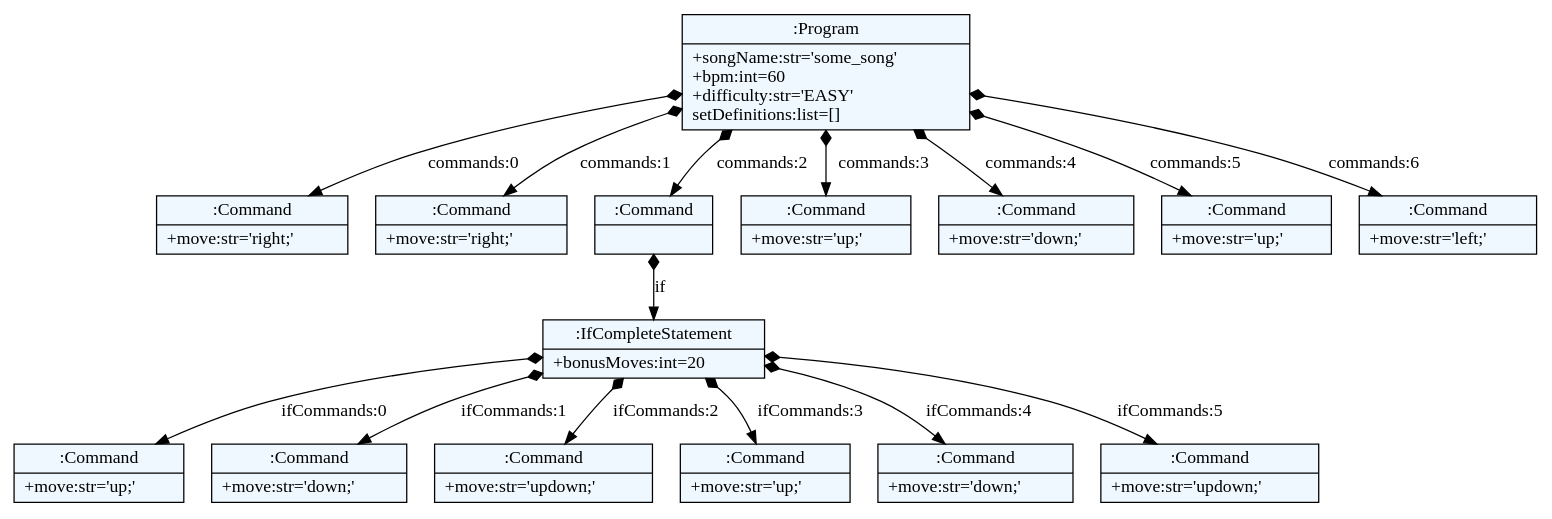
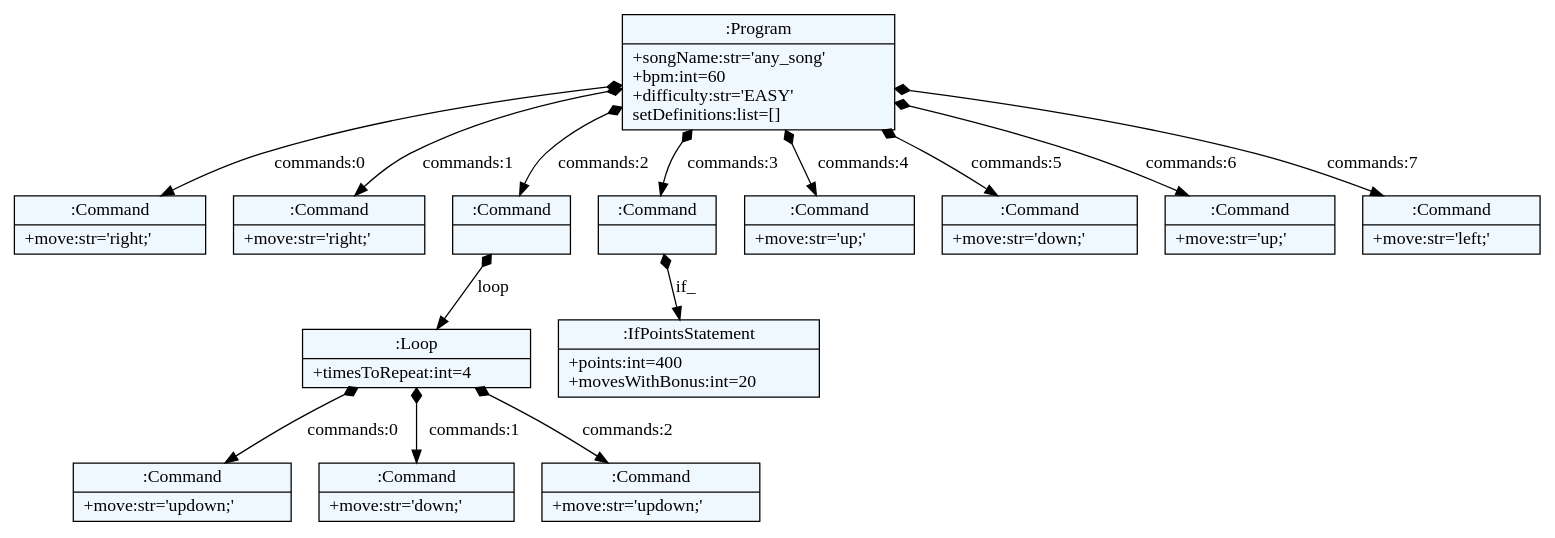
Before and after one commit to JanosevicRa177/JSD-Tim-2: the diagram in level.dot, drawn with Graphviz. The commit also changed 4 other files, not shown here.

```diff
--- a/level.dot
+++ b/level.dot
@@ -1,44 +1,42 @@
 
     digraph textX {
     fontname = "Bitstream Vera Sans"
     fontsize = 8
     node[
         shape=record,
         style=filled,
         fillcolor=aliceblue
     ]
     nodesep = 0.3
     edge[dir=black,arrowtail=empty]
 
 
-2229212014480 -> 2229206428240 [label="commands:0" arrowtail=diamond dir=both]
-2229206428240[label="{:Command|+move:str='right;'\l}"]
-2229212014480 -> 2229212014992 [label="commands:1" arrowtail=diamond dir=both]
-2229212014992[label="{:Command|+move:str='right;'\l}"]
-2229212014480 -> 2229212015120 [label="commands:2" arrowtail=diamond dir=both]
-2229212015120 -> 2229212015184 [label="if" arrowtail=diamond dir=both]
-2229212015184 -> 2229212015312 [label="ifCommands:0" arrowtail=diamond dir=both]
-2229212015312[label="{:Command|+move:str='up;'\l}"]
-2229212015184 -> 2229212015504 [label="ifCommands:1" arrowtail=diamond dir=both]
-2229212015504[label="{:Command|+move:str='down;'\l}"]
-2229212015184 -> 2229212015632 [label="ifCommands:2" arrowtail=diamond dir=both]
-2229212015632[label="{:Command|+move:str='updown;'\l}"]
-2229212015184 -> 2229212015760 [label="ifCommands:3" arrowtail=diamond dir=both]
-2229212015760[label="{:Command|+move:str='up;'\l}"]
-2229212015184 -> 2229212015888 [label="ifCommands:4" arrowtail=diamond dir=both]
-2229212015888[label="{:Command|+move:str='down;'\l}"]
-2229212015184 -> 2229212016080 [label="ifCommands:5" arrowtail=diamond dir=both]
-2229212016080[label="{:Command|+move:str='updown;'\l}"]
-2229212015184[label="{:IfCompleteStatement|+bonusMoves:int=20\l}"]
-2229212015120[label="{:Command|}"]
-2229212014480 -> 2229212015248 [label="commands:3" arrowtail=diamond dir=both]
-2229212015248[label="{:Command|+move:str='up;'\l}"]
-2229212014480 -> 2229212015376 [label="commands:4" arrowtail=diamond dir=both]
-2229212015376[label="{:Command|+move:str='down;'\l}"]
-2229212014480 -> 2229212016400 [label="commands:5" arrowtail=diamond dir=both]
-2229212016400[label="{:Command|+move:str='up;'\l}"]
-2229212014480 -> 2229212016528 [label="commands:6" arrowtail=diamond dir=both]
-2229212016528[label="{:Command|+move:str='left;'\l}"]
-2229212014480[label="{:Program|+songName:str='some_song'\l+bpm:int=60\l+difficulty:str='EASY'\lsetDefinitions:list=[]\l}"]
+3243137837456 -> 3243137837904 [label="commands:0" arrowtail=diamond dir=both]
+3243137837904[label="{:Command|+move:str='right;'\l}"]
+3243137837456 -> 3243137838032 [label="commands:1" arrowtail=diamond dir=both]
+3243137838032[label="{:Command|+move:str='right;'\l}"]
+3243137837456 -> 3243137838160 [label="commands:2" arrowtail=diamond dir=both]
+3243137838160 -> 3243137838224 [label="loop" arrowtail=diamond dir=both]
+3243137838224 -> 3243137838416 [label="commands:0" arrowtail=diamond dir=both]
+3243137838416[label="{:Command|+move:str='updown;'\l}"]
+3243137838224 -> 3243137838544 [label="commands:1" arrowtail=diamond dir=both]
+3243137838544[label="{:Command|+move:str='down;'\l}"]
+3243137838224 -> 3243137838672 [label="commands:2" arrowtail=diamond dir=both]
+3243137838672[label="{:Command|+move:str='updown;'\l}"]
+3243137838224[label="{:Loop|+timesToRepeat:int=4\l}"]
+3243137838160[label="{:Command|}"]
+3243137837456 -> 3243133234000 [label="commands:3" arrowtail=diamond dir=both]
+3243133234000 -> 3243137838288 [label="if_" arrowtail=diamond dir=both]
+3243137838288[label="{:IfPointsStatement|+points:int=400\l+movesWithBonus:int=20\l}"]
+3243133234000[label="{:Command|}"]
+3243137837456 -> 3243137838352 [label="commands:4" arrowtail=diamond dir=both]
+3243137838352[label="{:Command|+move:str='up;'\l}"]
+3243137837456 -> 3243137838928 [label="commands:5" arrowtail=diamond dir=both]
+3243137838928[label="{:Command|+move:str='down;'\l}"]
+3243137837456 -> 3243137839056 [label="commands:6" arrowtail=diamond dir=both]
+3243137839056[label="{:Command|+move:str='up;'\l}"]
+3243137837456 -> 3243137839184 [label="commands:7" arrowtail=diamond dir=both]
+3243137839184[label="{:Command|+move:str='left;'\l}"]
+3243137837456[label="{:Program|+songName:str='any_song'\l+bpm:int=60\l+difficulty:str='EASY'\lsetDefinitions:list=[]\l}"]
 
 }
```
